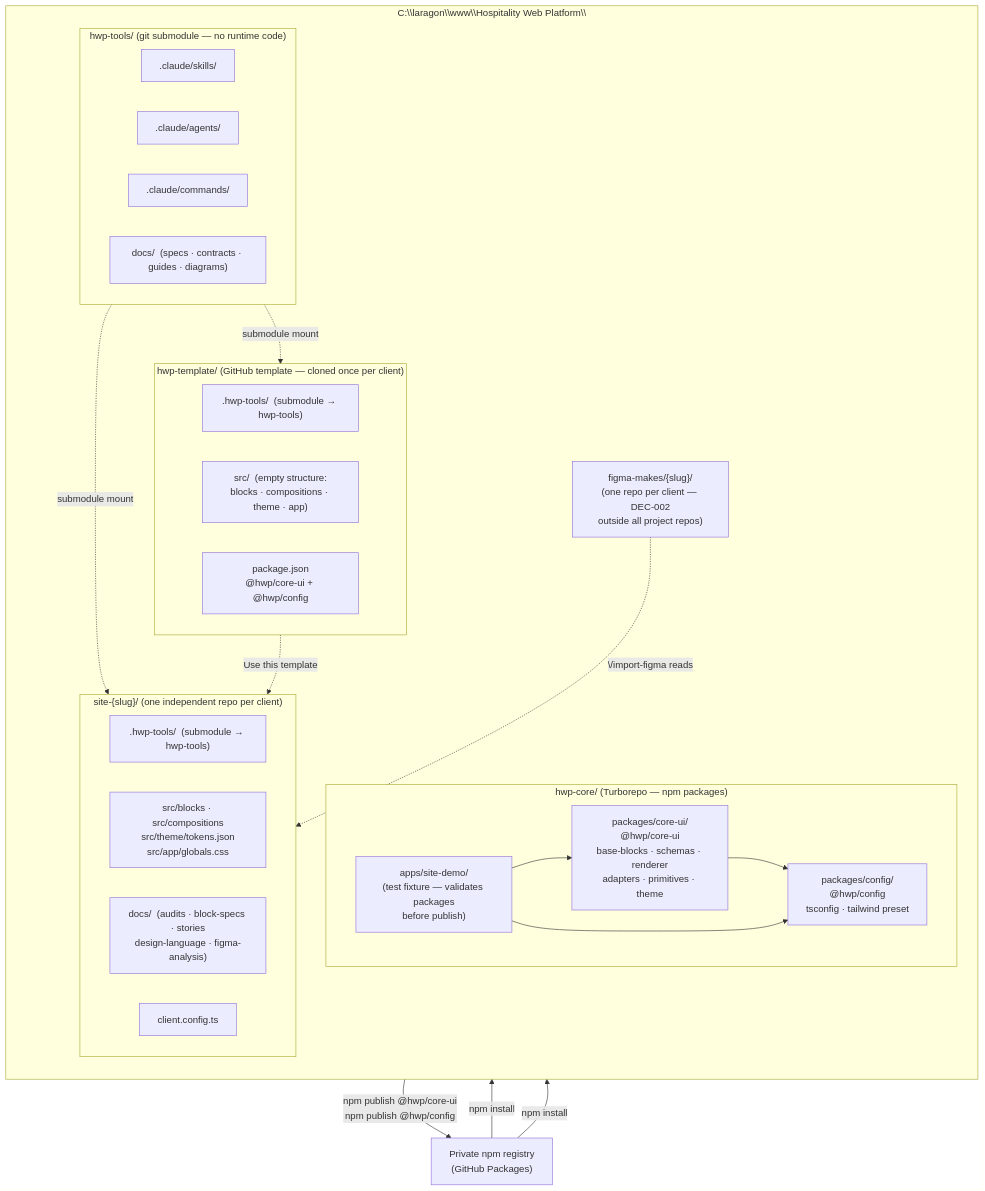
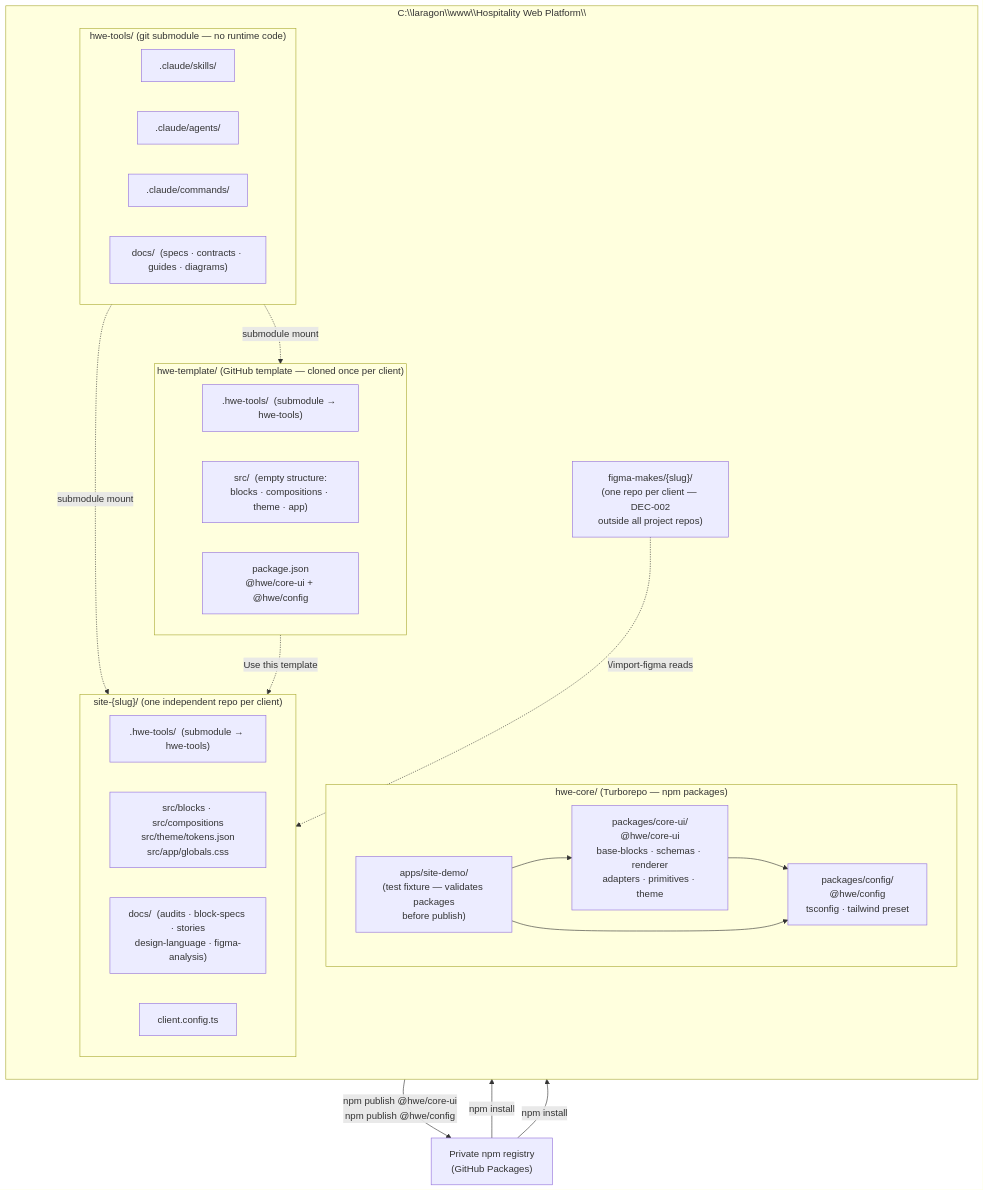
The diagram in docs/diagrams/monorepo-overview.md (AD-Web-Headless-IA/hwe-tools), drawn with Mermaid before and after one commit. The commit also changed other lines of this file and 90 other files, not shown here.

Commit message:
modificadas referencias de hwp a hwe

````diff
--- a/docs/diagrams/monorepo-overview.md
+++ b/docs/diagrams/monorepo-overview.md
@@ -7,51 +7,51 @@
 ```mermaid
 flowchart TB
   subgraph workspace["C:\\laragon\\www\\Hospitality Web Platform\\"]
     direction TB
 
-    subgraph tools["hwp-tools/  (git submodule — no runtime code)"]
+    subgraph tools["hwe-tools/  (git submodule — no runtime code)"]
       direction LR
       skills[".claude/skills/"]
       agents[".claude/agents/"]
       commands[".claude/commands/"]
       docs_t["docs/  (specs · contracts · guides · diagrams)"]
     end
 
-    subgraph core["hwp-core/  (Turborepo — npm packages)"]
+    subgraph core["hwe-core/  (Turborepo — npm packages)"]
       direction LR
-      coreui["packages/core-ui/\n@hwp/core-ui\nbase-blocks · schemas · renderer\nadapters · primitives · theme"]
-      config["packages/config/\n@hwp/config\ntsconfig · tailwind preset"]
+      coreui["packages/core-ui/\n@hwe/core-ui\nbase-blocks · schemas · renderer\nadapters · primitives · theme"]
+      config["packages/config/\n@hwe/config\ntsconfig · tailwind preset"]
       site_demo["apps/site-demo/\n(test fixture — validates packages\nbefore publish)"]
       coreui --> config
       site_demo --> coreui
       site_demo --> config
     end
 
-    subgraph template["hwp-template/  (GitHub template — cloned once per client)"]
+    subgraph template["hwe-template/  (GitHub template — cloned once per client)"]
       direction LR
-      tmpl_tools[".hwp-tools/  (submodule → hwp-tools)"]
+      tmpl_tools[".hwe-tools/  (submodule → hwe-tools)"]
       tmpl_src["src/  (empty structure:\nblocks · compositions · theme · app)"]
-      tmpl_pkg["package.json\n@hwp/core-ui + @hwp/config"]
+      tmpl_pkg["package.json\n@hwe/core-ui + @hwe/config"]
     end
 
     subgraph clients["site-{slug}/  (one independent repo per client)"]
       direction LR
-      client_tools[".hwp-tools/  (submodule → hwp-tools)"]
+      client_tools[".hwe-tools/  (submodule → hwe-tools)"]
       client_src["src/blocks · src/compositions\nsrc/theme/tokens.json\nsrc/app/globals.css"]
       client_docs["docs/  (audits · block-specs · stories\ndesign-language · figma-analysis)"]
       client_cfg["client.config.ts"]
     end
 
     figma["figma-makes/{slug}/\n(one repo per client — DEC-002\noutside all project repos)"]
   end
 
   registry["Private npm registry\n(GitHub Packages)"]
 
   tools -.submodule mount.-> template
   tools -.submodule mount.-> clients
-  core -- "npm publish @hwp/core-ui\nnpm publish @hwp/config" --> registry
+  core -- "npm publish @hwe/core-ui\nnpm publish @hwe/config" --> registry
   registry -- "npm install" --> template
   registry -- "npm install" --> clients
   template -."Use this template".-> clients
   figma -."\/import-figma reads".-> clients
 ```
````
